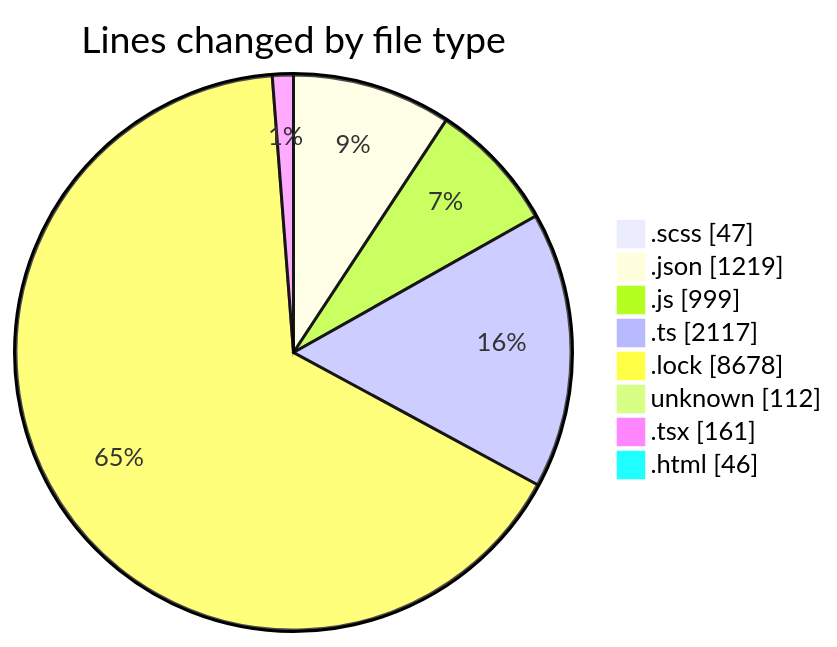
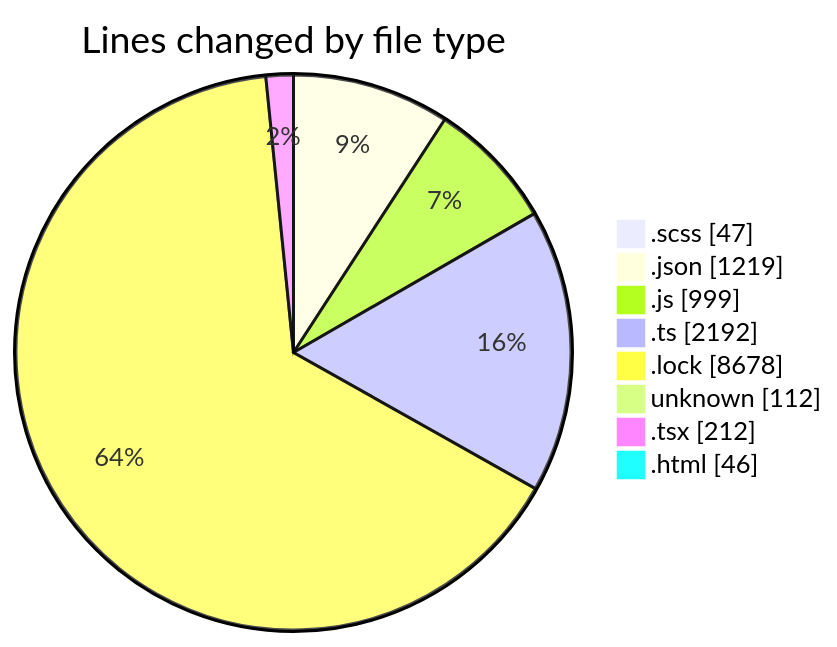
The first of 2 diagrams in 2026-04-21/cda/README.md (momahboobian/code-tracking), drawn with Mermaid before and after one commit. The commit also changed other lines of this file and 1 other file, not shown here.

````diff
--- a/2026-04-21/cda/README.md
+++ b/2026-04-21/cda/README.md
@@ -52,12 +52,12 @@
 ```mermaid
 pie showData
 title Lines changed by file type
 ".scss" : 47
 ".json" : 1219
 ".js" : 999
-".ts" : 2117
+".ts" : 2192
 ".lock" : 8678
 "unknown" : 112
-".tsx" : 161
+".tsx" : 212
 ".html" : 46
 ```
````
